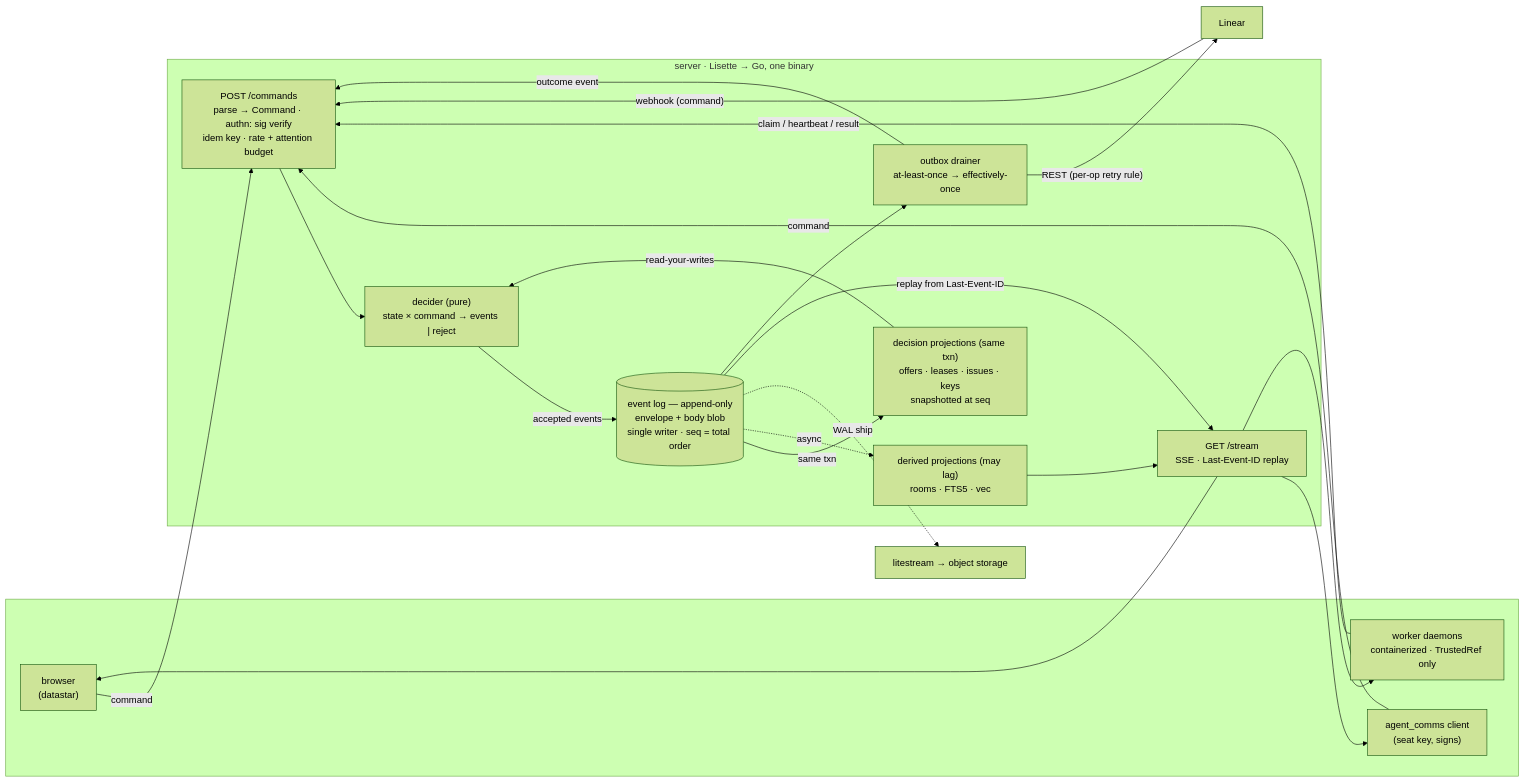
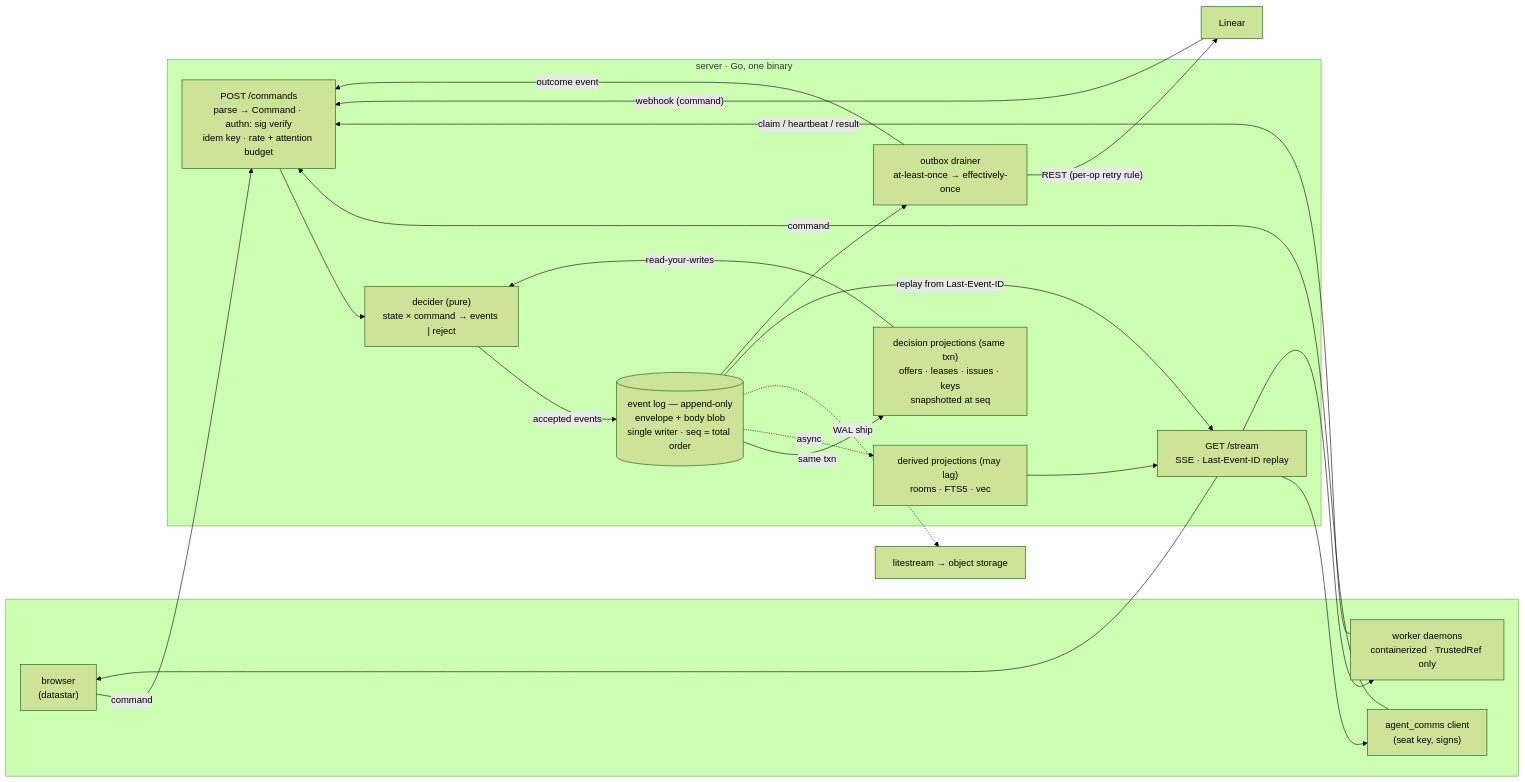
Before and after one commit to escherize/comms: the diagram in docs/ARCHITECTURE.md, drawn with Mermaid (forest theme). The commit also changed other lines of this file and 7 other files, not shown here.

````diff
--- a/docs/ARCHITECTURE.md
+++ b/docs/ARCHITECTURE.md
@@ -7,37 +7,37 @@
 ```mermaid
 flowchart LR
     subgraph clients[" "]
         H["browser<br/>(datastar)"]
         A["agent_comms client<br/>(seat key, signs)"]
         W["worker daemons<br/>containerized · TrustedRef only"]
     end
     LIN["Linear"]
-    subgraph server["server · Lisette → Go, one binary"]
+    subgraph server["server · Go, one binary"]
         CMD["POST /commands<br/>parse → Command · authn: sig verify<br/>idem key · rate + attention budget"]
         CORE["decider (pure)<br/>state × command → events | reject"]
         LOG[("event log — append-only<br/>envelope + body blob<br/>single writer · seq = total order")]
         PROJ["decision projections (same txn)<br/>offers · leases · issues · keys<br/>snapshotted at seq"]
         DER["derived projections (may lag)<br/>rooms · FTS5 · vec"]
         SSE["GET /stream<br/>SSE · Last-Event-ID replay"]
         OUT["outbox drainer<br/>at-least-once → effectively-once"]
     end
     LS["litestream → object storage"]
     H -- "command" --> CMD
     A -- "command" --> CMD
     W -- "claim / heartbeat / result" --> CMD
     LIN -- "webhook (command)" --> CMD
     CMD --> CORE
     CORE -- "accepted events" --> LOG
     LOG -- "same txn" --> PROJ
     LOG -. "async" .-> DER
     LOG -. "WAL ship" .-> LS
     PROJ -- "read-your-writes" --> CORE
     LOG -- "replay from Last-Event-ID" --> SSE
     DER --> SSE
     LOG --> OUT
     OUT -- "REST (per-op retry rule)" --> LIN
     OUT -- "outcome event" --> CMD
     SSE --> H
     SSE --> A
     SSE --> W
 ```
````
